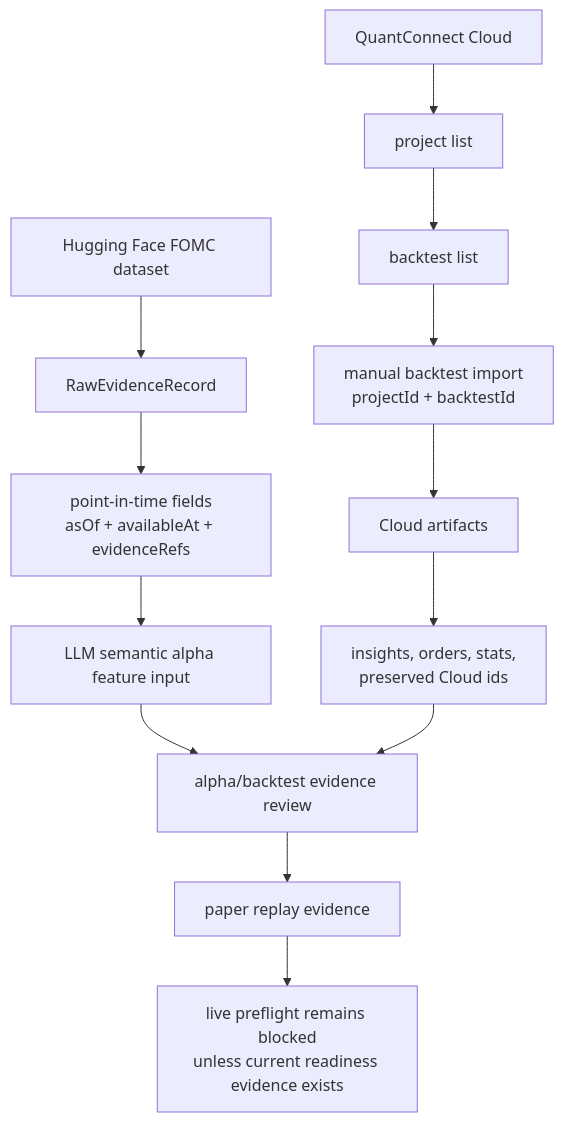
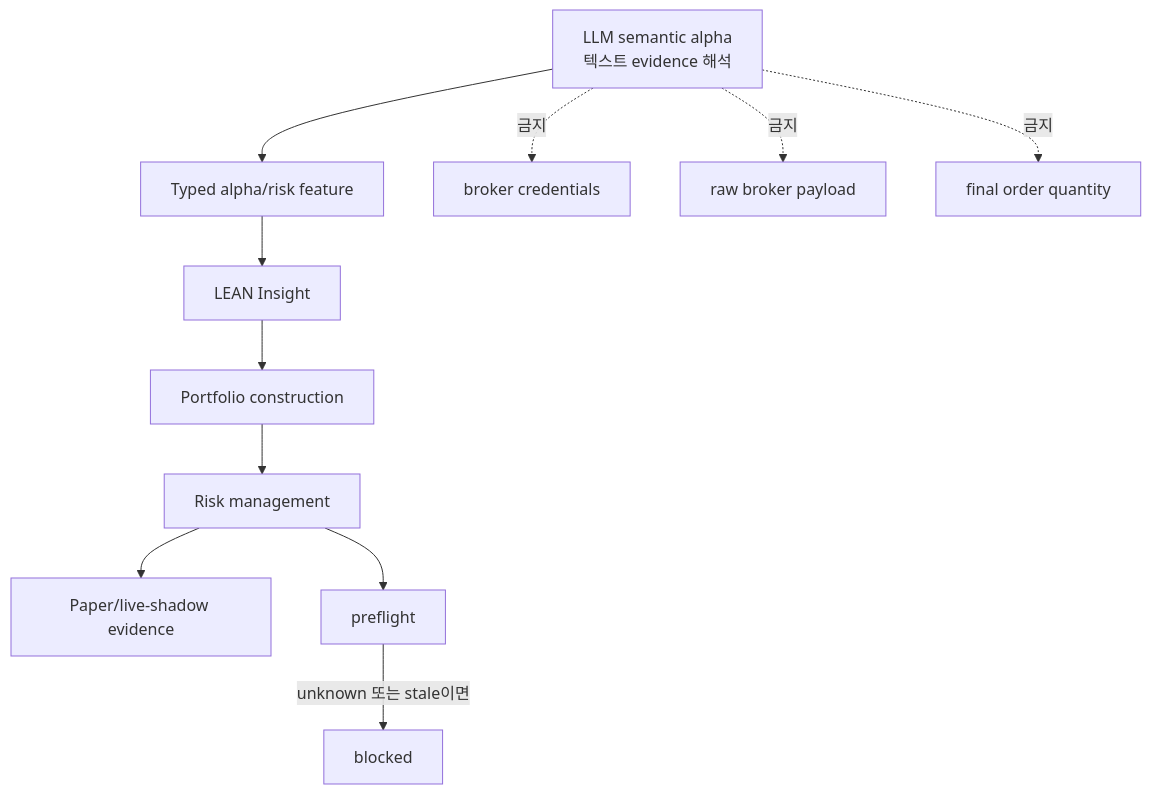
The second of 7 diagrams in result.md (gigio1023/lincei-quant-research-engine), drawn with Mermaid before and after one commit. The commit also changed other lines of this file, not shown here.

Commit message:
Rewrite result guide around full project context

````diff
--- a/result.md
+++ b/result.md
@@ -69,17 +56,15 @@
 ```mermaid
 flowchart TD
-    S["Hugging Face FOMC dataset"] --> R["RawEvidenceRecord"]
-    R --> P["point-in-time fields<br/>asOf + availableAt + evidenceRefs"]
-    P --> L["LLM semantic alpha feature input"]
+    L["LLM semantic alpha<br/>텍스트 evidence 해석"] --> A["Typed alpha/risk feature"]
+    A --> B["LEAN Insight"]
+    B --> C["Portfolio construction"]
+    C --> D["Risk management"]
+    D --> E["Paper/live-shadow evidence"]
 
-    Q["QuantConnect Cloud"] --> J["project list"]
-    J --> K["backtest list"]
-    K --> M["manual backtest import<br/>projectId + backtestId"]
-    M --> N["Cloud artifacts"]
-    N --> O["insights, orders, stats,<br/>preserved Cloud ids"]
+    L -. "금지" .-> X["broker credentials"]
+    L -. "금지" .-> Y["raw broker payload"]
+    L -. "금지" .-> Z["final order quantity"]
 
-    L --> X["alpha/backtest evidence review"]
-    O --> X
-    X --> Y["paper replay evidence"]
-    Y --> Z["live preflight remains blocked<br/>unless current readiness evidence exists"]
+    D --> P["preflight"]
+    P -->|"unknown 또는 stale이면"| Q["blocked"]
 ```
````
